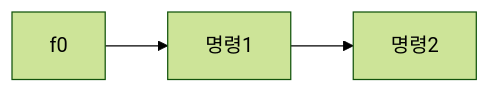
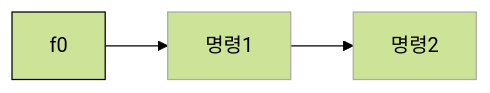
Before and after one commit to silpiria98/silpiria98.github.io: the second of 2 diagrams in _posts/2023-12-17-이노베이션-아카데미(42서울)-비전공자를-위한-논리테스트-팁과-후기.md, drawn with Mermaid (forest theme). The commit also changed other lines of this file, not shown here.

Commit message:
mermaid 계속 알아보는중

````diff
--- a/_posts/2023-12-17-이노베이션-아카데미(42서울)-비전공자를-위한-논리테스트-팁과-후기.md
+++ b/_posts/2023-12-17-이노베이션-아카데미(42서울)-비전공자를-위한-논리테스트-팁과-후기.md
@@ -26,4 +28,6 @@
 ```mermaid!
 flowchart LR
-    f0 --> 명령1 --> 명령2
+    f0:::black --> 명령1:::gray --> 명령2:::gray
+    classDef black stroke:#000
+    classDef gray stroke:#aaa
 ```
````
